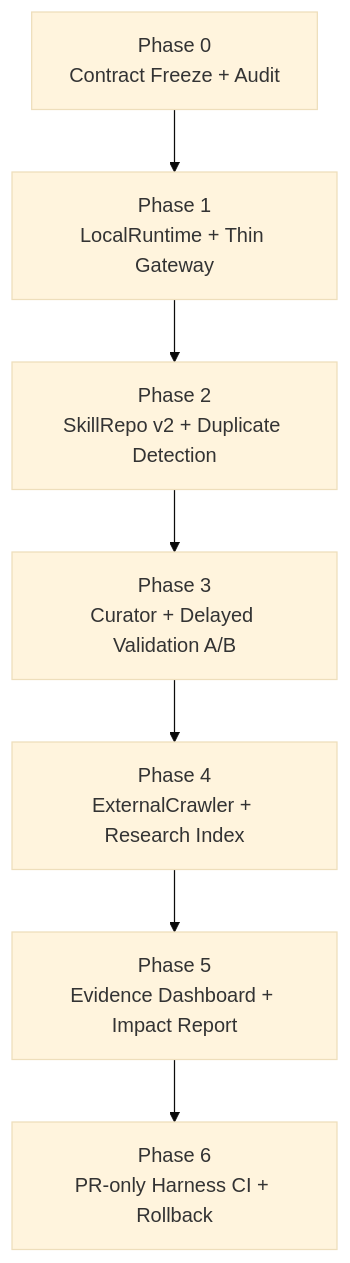
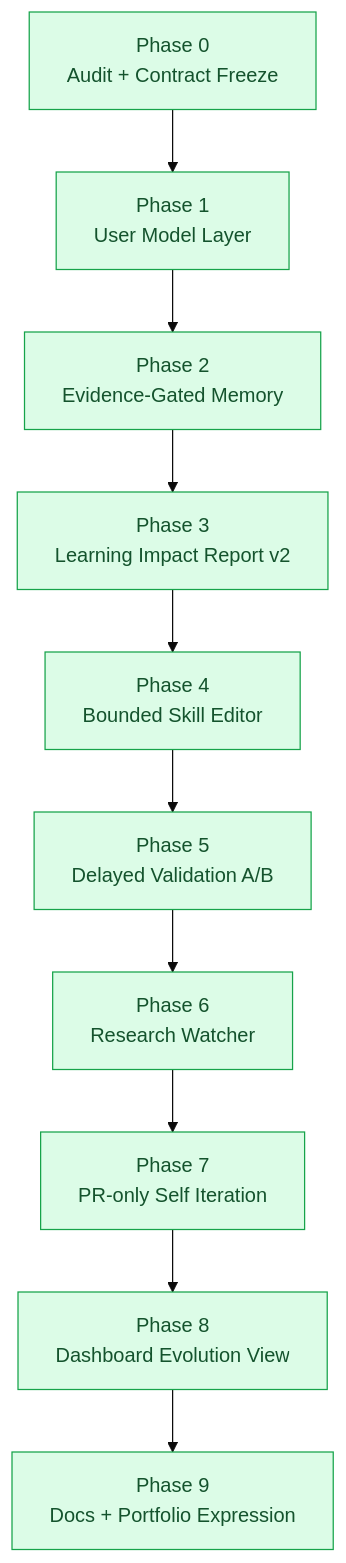
One commit to liuanye9-lab/OS-Agent changed diagram 14 of 15 in README.md. Above: the diagram before and after it, drawn with Mermaid (base theme). The commit also changed other lines of this file and 2 other files, not shown here.

Commit message:
Polish README and dashboard visuals

````diff
--- a/README.md
+++ b/README.md
@@ -914,12 +1000,18 @@
 ```mermaid
 flowchart TD
-    P0[Phase 0<br/>Contract Freeze + Audit]
-    P1[Phase 1<br/>LocalRuntime + Thin Gateway]
-    P2[Phase 2<br/>SkillRepo v2 + Duplicate Detection]
-    P3[Phase 3<br/>Curator + Delayed Validation A/B]
-    P4[Phase 4<br/>ExternalCrawler + Research Index]
-    P5[Phase 5<br/>Evidence Dashboard + Impact Report]
-    P6[Phase 6<br/>PR-only Harness CI + Rollback]
+    P0[Phase 0<br/>Audit + Contract Freeze]
+    P1[Phase 1<br/>User Model Layer]
+    P2[Phase 2<br/>Evidence-Gated Memory]
+    P3[Phase 3<br/>Learning Impact Report v2]
+    P4[Phase 4<br/>Bounded Skill Editor]
+    P5[Phase 5<br/>Delayed Validation A/B]
+    P6[Phase 6<br/>Research Watcher]
+    P7[Phase 7<br/>PR-only Self Iteration]
+    P8[Phase 8<br/>Dashboard Evolution View]
+    P9[Phase 9<br/>Docs + Portfolio Expression]
 
-    P0 --> P1 --> P2 --> P3 --> P4 --> P5 --> P6
+    P0 --> P1 --> P2 --> P3 --> P4 --> P5 --> P6 --> P7 --> P8 --> P9
+
+    classDef done fill:#dcfce7,stroke:#16a34a,color:#14532d;
+    class P0,P1,P2,P3,P4,P5,P6,P7,P8,P9 done;
 ```
````
